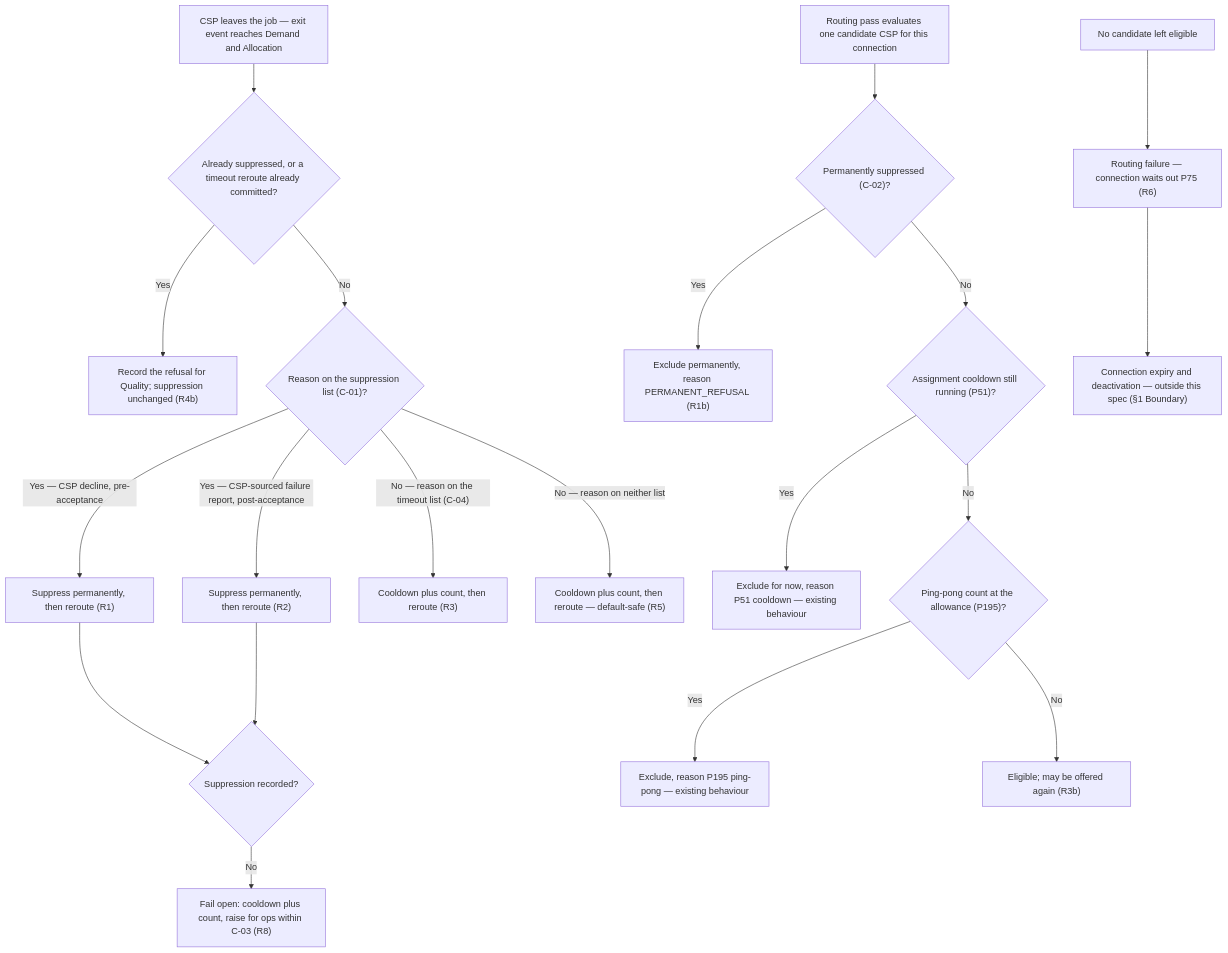
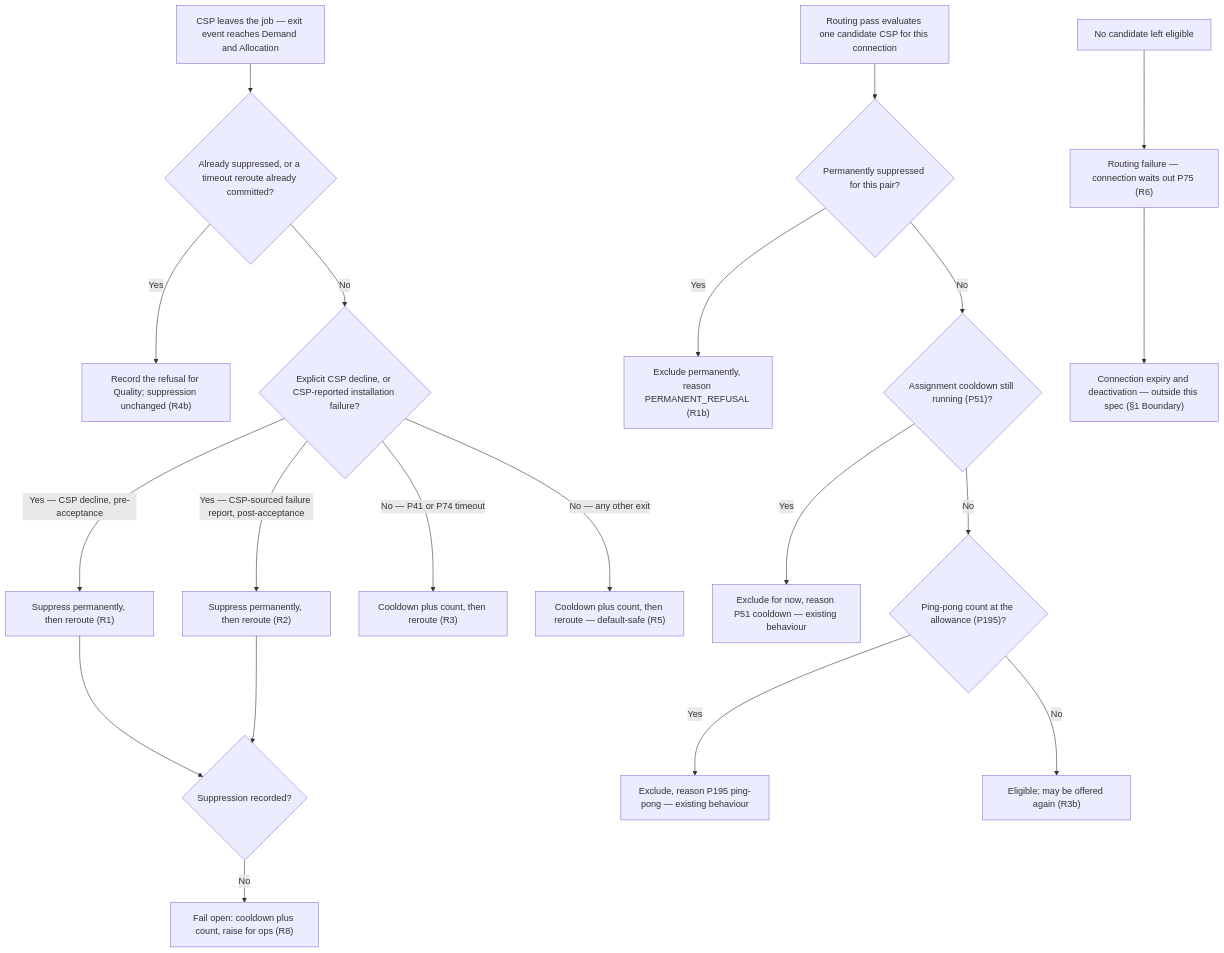
One commit to ashish-raj-wiom/decline-retrigger-spec changed the diagram in Decline_Retrigger_Suppression_PRD.md. Above: the diagram before and after it, drawn with Mermaid. The commit also changed other lines of this file and 1 other file, not shown here.

````diff
--- a/Decline_Retrigger_Suppression_PRD.md
+++ b/Decline_Retrigger_Suppression_PRD.md
@@ -90,24 +90,24 @@
 ```mermaid
 flowchart TD
     A["CSP leaves the job — exit event reaches Demand and Allocation"] --> A2{"Already suppressed, or a timeout reroute already committed?"}
     A2 -- "Yes" --> A3["Record the refusal for Quality; suppression unchanged (R4b)"]
-    A2 -- "No" --> B{"Reason on the suppression list (C-01)?"}
+    A2 -- "No" --> B{"Explicit CSP decline, or CSP-reported installation failure?"}
     B -- "Yes — CSP decline, pre-acceptance" --> C["Suppress permanently, then reroute (R1)"]
     B -- "Yes — CSP-sourced failure report, post-acceptance" --> D["Suppress permanently, then reroute (R2)"]
-    B -- "No — reason on the timeout list (C-04)" --> E["Cooldown plus count, then reroute (R3)"]
-    B -- "No — reason on neither list" --> F["Cooldown plus count, then reroute — default-safe (R5)"]
+    B -- "No — P41 or P74 timeout" --> E["Cooldown plus count, then reroute (R3)"]
+    B -- "No — any other exit" --> F["Cooldown plus count, then reroute — default-safe (R5)"]
     C --> C2{"Suppression recorded?"}
     D --> C2
-    C2 -- "No" --> C3["Fail open: cooldown plus count, raise for ops within C-03 (R8)"]
+    C2 -- "No" --> C3["Fail open: cooldown plus count, raise for ops (R8)"]
 
-    G["Routing pass evaluates one candidate CSP for this connection"] --> H{"Permanently suppressed (C-02)?"}
+    G["Routing pass evaluates one candidate CSP for this connection"] --> H{"Permanently suppressed for this pair?"}
     H -- "Yes" --> I["Exclude permanently, reason PERMANENT_REFUSAL (R1b)"]
     H -- "No" --> J{"Assignment cooldown still running (P51)?"}
     J -- "Yes" --> K["Exclude for now, reason P51 cooldown — existing behaviour"]
     J -- "No" --> L{"Ping-pong count at the allowance (P195)?"}
     L -- "Yes" --> M["Exclude, reason P195 ping-pong — existing behaviour"]
     L -- "No" --> N["Eligible; may be offered again (R3b)"]
 
     O["No candidate left eligible"] --> P["Routing failure — connection waits out P75 (R6)"]
     P --> Q["Connection expiry and deactivation — outside this spec (§1 Boundary)"]
 ```
````
